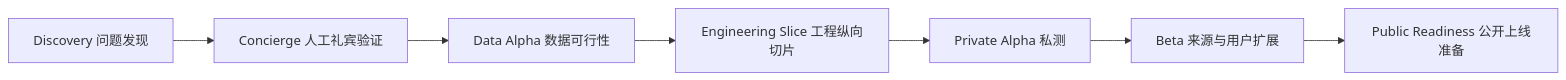
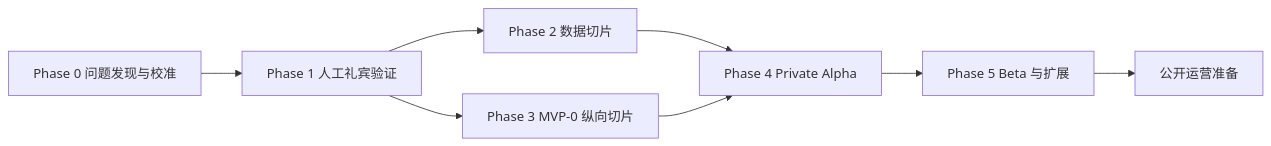
The diagram in docs/08-zero-to-one-lifecycle.md (CodeVoyager21932/Aijob), drawn with Mermaid before and after one commit. The commit also changed other lines of this file and 34 other files, not shown here.

Commit message:
docs: converge MVP product and architecture contracts

````diff
--- a/docs/08-zero-to-one-lifecycle.md
+++ b/docs/08-zero-to-one-lifecycle.md
@@ -20,9 +20,10 @@
-```mermaid
+~~~mermaid
 flowchart LR
-    A[Discovery 问题发现] --> B[Concierge 人工礼宾验证]
-    B --> C[Data Alpha 数据可行性]
-    C --> D[Engineering Slice 工程纵向切片]
-    D --> E[Private Alpha 私测]
-    E --> F[Beta 来源与用户扩展]
-    F --> G[Public Readiness 公开上线准备]
-```
+    A["Phase 0 问题发现与校准"] --> B["Phase 1 人工礼宾验证"]
+    B --> C["Phase 2 数据切片"]
+    B --> D["Phase 3 MVP-0 纵向切片"]
+    C --> E["Phase 4 Private Alpha"]
+    D --> E
+    E --> F["Phase 5 Beta 与扩展"]
+    F --> G["公开运营准备"]
+~~~
````
